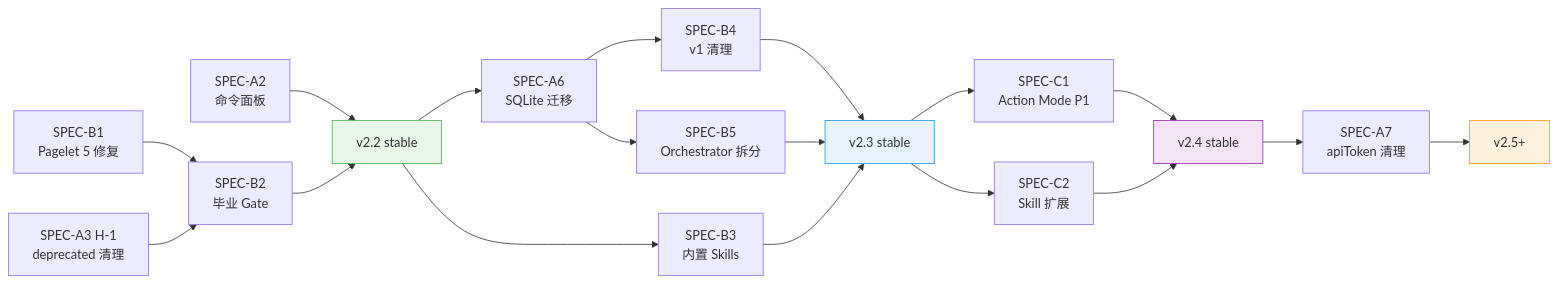
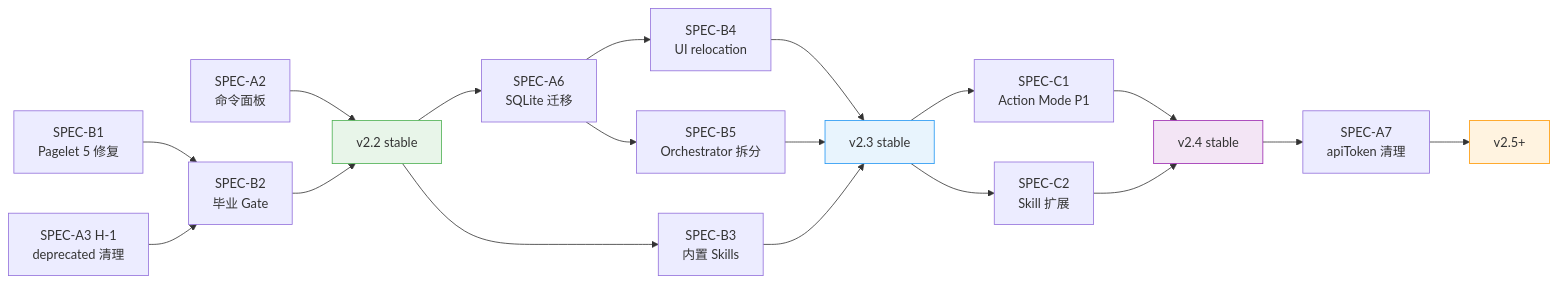
Before and after one commit to edonyzpc/personal-assistant: the diagram in docs/development-roadmap.md, drawn with Mermaid. The commit also changed other lines of this file and 3 other files, not shown here.

````diff
--- a/docs/development-roadmap.md
+++ b/docs/development-roadmap.md
@@ -183,28 +185,28 @@
 ```mermaid
 graph LR
     B1[SPEC-B1<br/>Pagelet 5 修复] --> B2[SPEC-B2<br/>毕业 Gate]
     A3H1[SPEC-A3 H-1<br/>deprecated 清理] --> B2
     A2[SPEC-A2<br/>命令面板] --> V22[v2.2 stable]
     B2 --> V22
 
     V22 --> A6[SPEC-A6<br/>SQLite 迁移]
     V22 --> B3[SPEC-B3<br/>内置 Skills]
-    A6 --> B4[SPEC-B4<br/>v1 清理]
+    A6 --> B4[SPEC-B4<br/>UI relocation]
     A6 --> B5[SPEC-B5<br/>Orchestrator 拆分]
     B4 --> V23[v2.3 stable]
     B5 --> V23
     B3 --> V23
 
     V23 --> C1[SPEC-C1<br/>Action Mode P1]
     V23 --> C2[SPEC-C2<br/>Skill 扩展]
     C1 --> V24[v2.4 stable]
     C2 --> V24
 
     V24 --> A7[SPEC-A7<br/>apiToken 清理]
     A7 --> V25[v2.5+]
 
     style V22 fill:#e8f5e9,stroke:#4caf50
     style V23 fill:#e8f4fd,stroke:#2196f3
     style V24 fill:#f3e5f5,stroke:#9c27b0
     style V25 fill:#fff3e0,stroke:#ff9800
 ```
````
